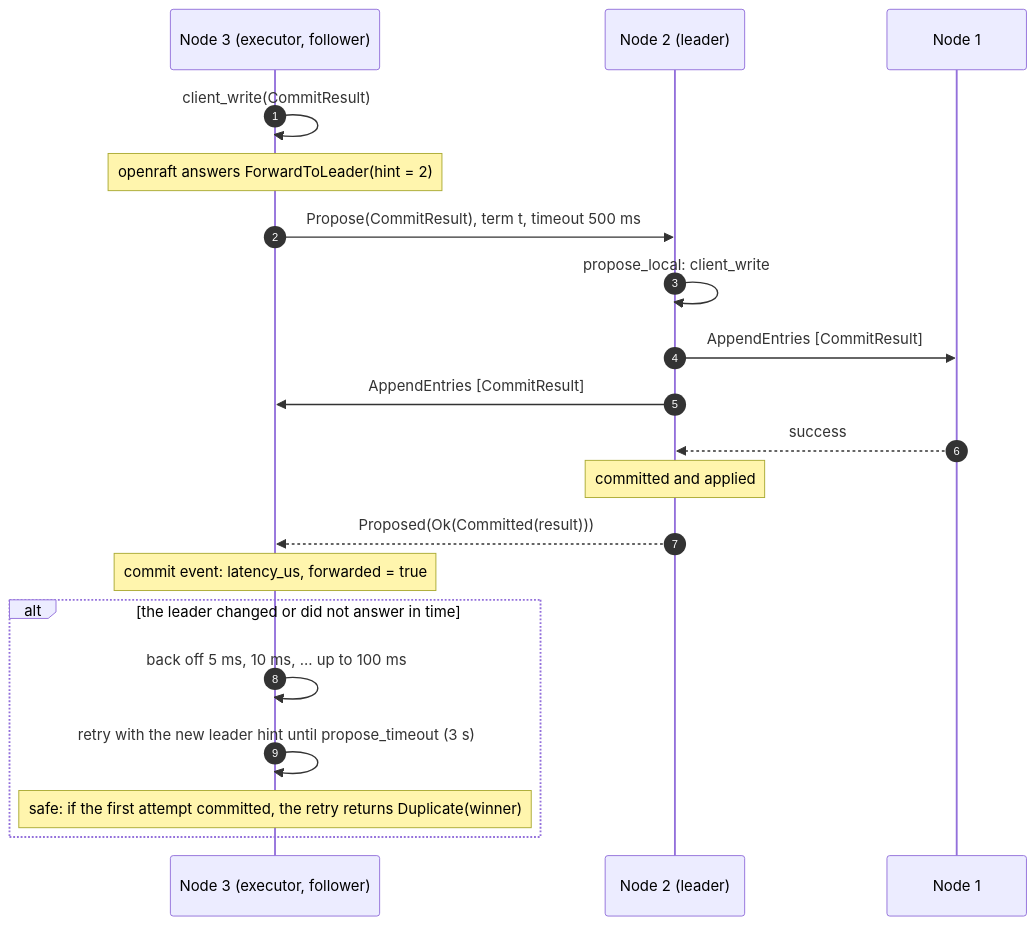
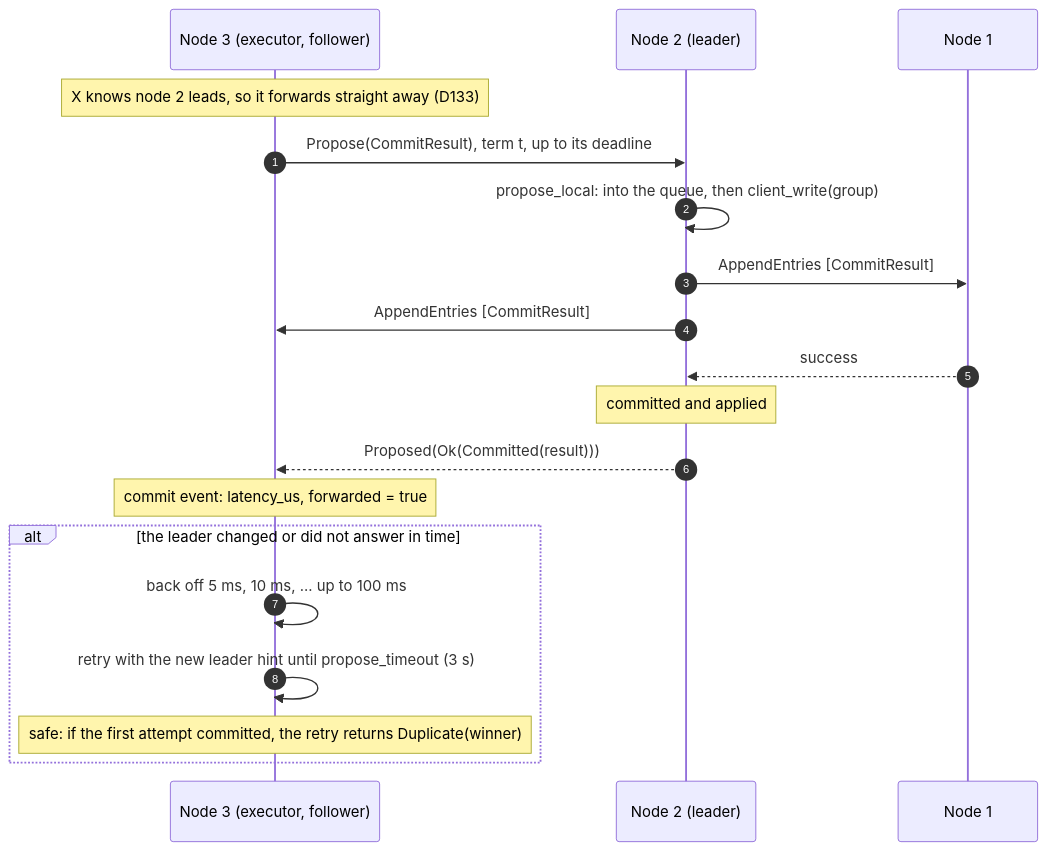
Diagram 13 of 43 in docs/architecture.md (noortaytoy1/DistributedSystems), drawn with Mermaid before and after one commit. The commit also changed other lines of this file and 7 other files, not shown here.

````diff
--- a/docs/architecture.md
+++ b/docs/architecture.md
@@ -468,22 +630,21 @@
 ```mermaid
 sequenceDiagram
     autonumber
     participant X as Node 3 (executor, follower)
     participant L as Node 2 (leader)
     participant F as Node 1
-    X->>X: client_write(CommitResult)
-    Note over X: openraft answers ForwardToLeader(hint = 2)
-    X->>L: Propose(CommitResult), term t, timeout 500 ms
-    L->>L: propose_local: client_write
+    Note over X: X knows node 2 leads, so it forwards straight away (D133)
+    X->>L: Propose(CommitResult), term t, up to its deadline
+    L->>L: propose_local: into the queue, then client_write(group)
     L->>F: AppendEntries [CommitResult]
     L->>X: AppendEntries [CommitResult]
     F-->>L: success
     Note over L: committed and applied
     L-->>X: Proposed(Ok(Committed(result)))
     Note over X: commit event: latency_us, forwarded = true
     alt the leader changed or did not answer in time
         X->>X: back off 5 ms, 10 ms, ... up to 100 ms
         X->>X: retry with the new leader hint until propose_timeout (3 s)
         Note over X: safe: if the first attempt committed, the retry returns Duplicate(winner)
     end
 ```
````
